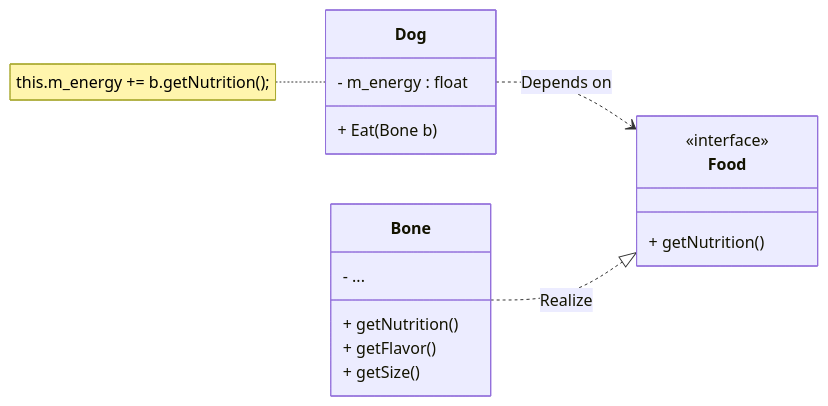
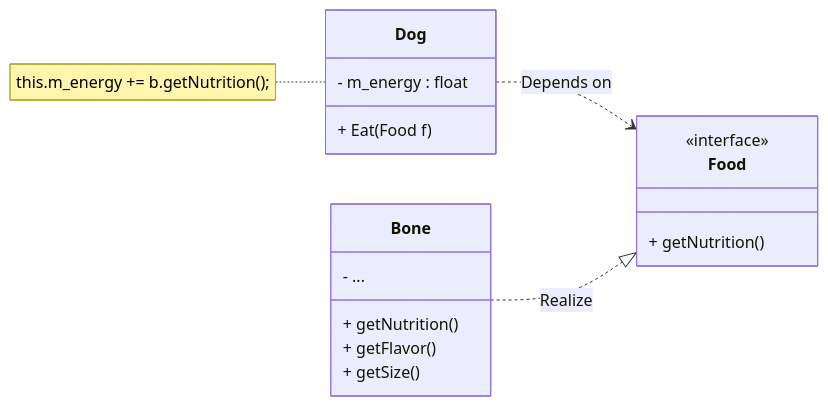
One commit to yuantianle/yuantianle.github.io changed the fourth of 4 diagrams in docs/3_C++/Design_Pattern/basic.md. Above: the diagram before and after it, drawn with Mermaid. The commit also changed other lines of this file and 16 other files, not shown here.

````diff
--- a/docs/3_C++/Design_Pattern/basic.md
+++ b/docs/3_C++/Design_Pattern/basic.md
@@ -147,21 +147,21 @@
             ``` mermaid
             classDiagram
                 direction LR
                 Dog ..> Food : Depends on
                 Bone ..|> Food : Realize
                 note for Dog "this.m_energy += b.getNutrition();"
                 class Dog{
                     - m_energy : float
-                    + Eat(Bone b)
+                    + Eat(Food f)
                 }
                 class Food{
                     <<interface>>
                     + getNutrition()
                 }
                 class Bone{
                     - ...
                     + getNutrition()
                     + getFlavor()
                     + getSize()
                 }
             ```
````
